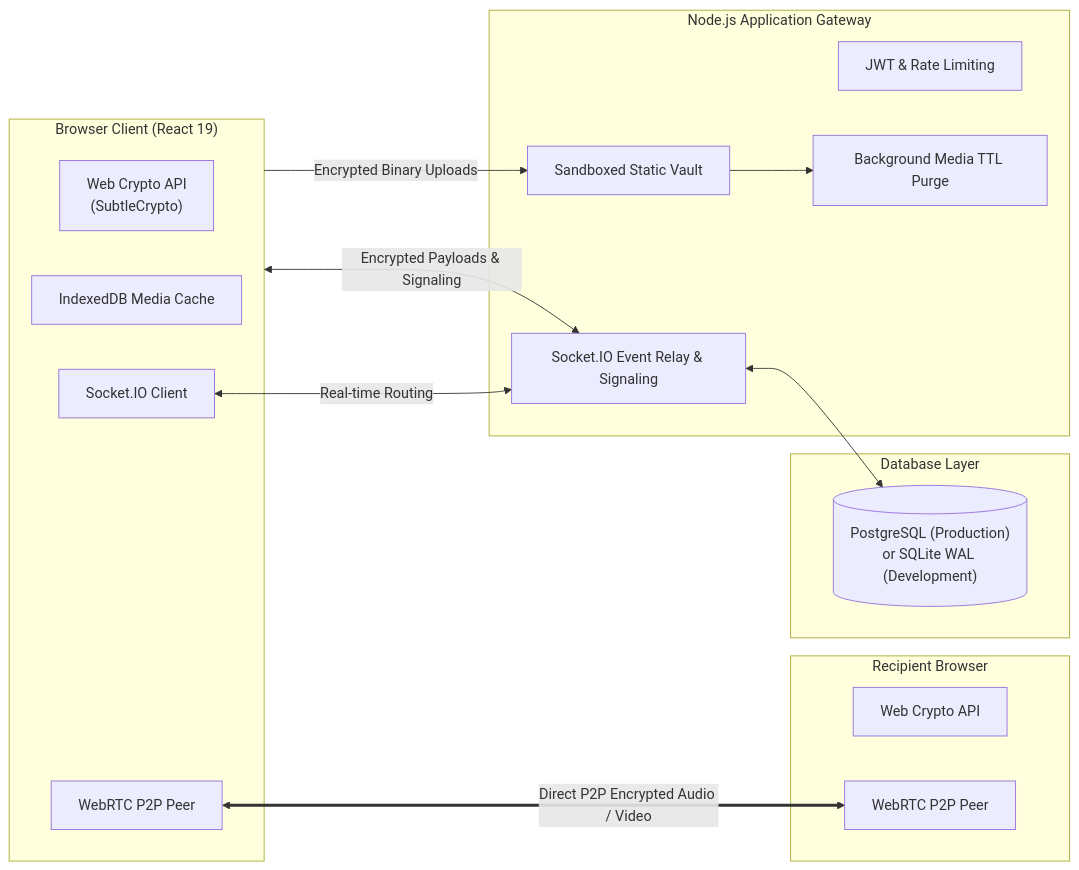
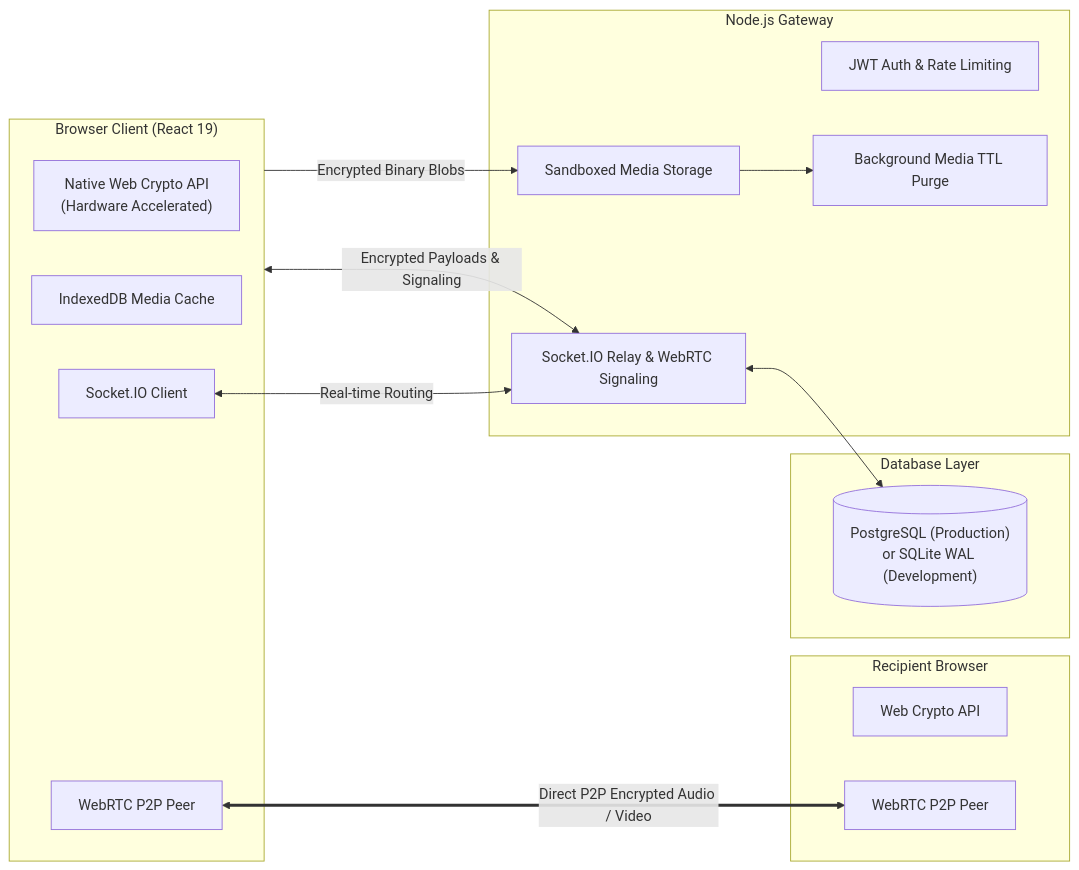
The diagram in README.md (Amer-alsayed/ZAP), drawn with Mermaid before and after one commit. The commit also changed other lines of this file, not shown here.

Commit message:
docs: refine README to highlight zero-cost hosting, P2P WebRTC value, and clean technical architecture

````diff
--- a/README.md
+++ b/README.md
@@ -96,32 +132,32 @@
 ```mermaid
 flowchart LR
     subgraph Client["Browser Client (React 19)"]
-        CryptoEngine["Web Crypto API<br/>(SubtleCrypto)"]
+        CryptoEngine["Native Web Crypto API<br/>(Hardware Accelerated)"]
         MediaCache["IndexedDB Media Cache"]
         SocketClient["Socket.IO Client"]
         WebRTC["WebRTC P2P Peer"]
     end
 
-    subgraph Server["Node.js Application Gateway"]
-        AuthMiddleware["JWT & Rate Limiting"]
-        SocketRelay["Socket.IO Event Relay & Signaling"]
-        UploadHandler["Sandboxed Static Vault"]
+    subgraph Server["Node.js Gateway"]
+        AuthMiddleware["JWT Auth & Rate Limiting"]
+        SocketRelay["Socket.IO Relay & WebRTC Signaling"]
+        UploadVault["Sandboxed Media Storage"]
         CleanupTask["Background Media TTL Purge"]
     end
 
     subgraph Storage["Database Layer"]
         DB[("PostgreSQL (Production)<br/>or SQLite WAL (Development)")]
     end
 
     subgraph PeerClient["Recipient Browser"]
         PeerWebCrypto["Web Crypto API"]
         PeerP2P["WebRTC P2P Peer"]
     end
 
     Client <-->|Encrypted Payloads & Signaling| SocketRelay
-    Client -->|Encrypted Binary Uploads| UploadHandler
+    Client -->|Encrypted Binary Blobs| UploadVault
     SocketRelay <--> DB
-    UploadHandler --> CleanupTask
+    UploadVault --> CleanupTask
     WebRTC <===>|Direct P2P Encrypted Audio / Video| PeerP2P
     SocketClient <-->|Real-time Routing| SocketRelay
 ```
````
